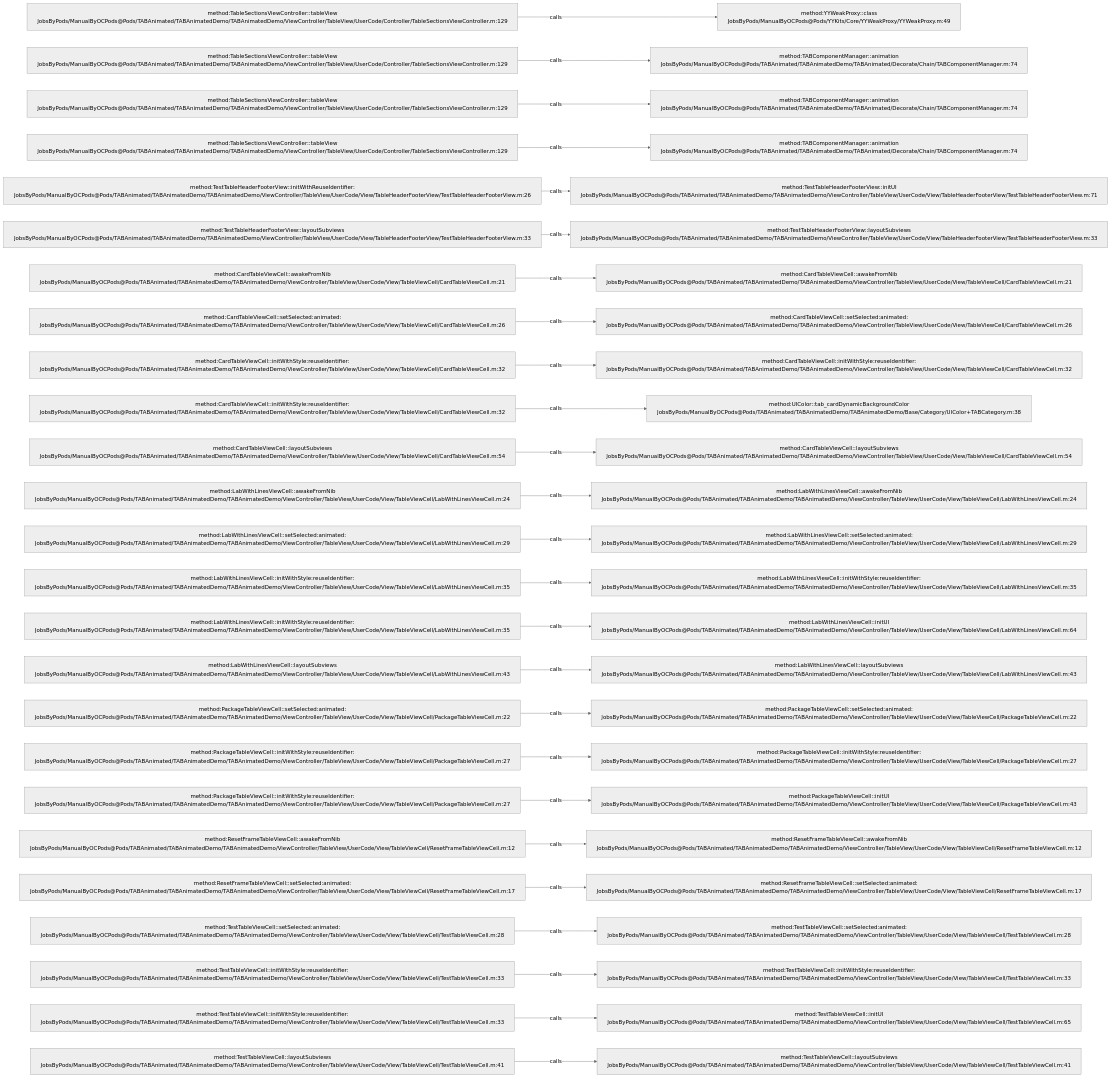
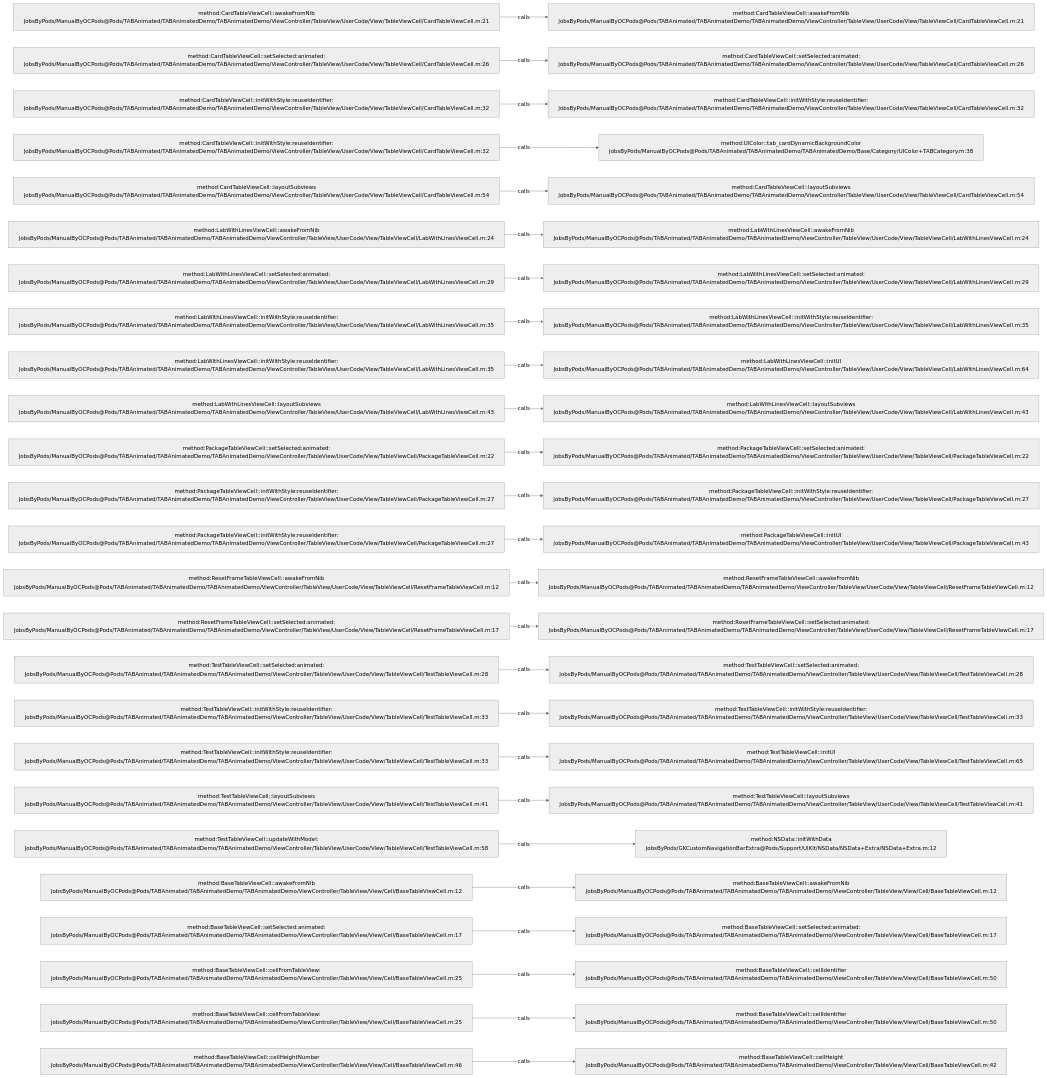
Before and after one commit to JobsKits/JobsOCBaseConfigDemo: the diagram in .codegraph/codegraph.md/graphs/calls-058.md, drawn with Mermaid (neutral theme). The commit also changed 666 other files, not shown here.

````diff
--- a/.codegraph/codegraph.md/graphs/calls-058.md
+++ b/.codegraph/codegraph.md/graphs/calls-058.md
@@ -13,78 +13,78 @@
 ```mermaid
 flowchart LR
-  S1["method:TableSectionsViewController::tableView<br/>JobsByPods/ManualByOCPods@Pods/TABAnimated/TABAnimatedDemo/TABAnimatedDemo/ViewController/TableView/UserCode/Controller/TableSectionsViewController.m:129"]
-  T1["method:YYWeakProxy::class<br/>JobsByPods/ManualByOCPods@Pods/YYKits/Core/YYWeakProxy/YYWeakProxy.m:49"]
+  S1["method:CardTableViewCell::awakeFromNib<br/>JobsByPods/ManualByOCPods@Pods/TABAnimated/TABAnimatedDemo/TABAnimatedDemo/ViewController/TableView/UserCode/View/TableViewCell/CardTableViewCell.m:21"]
+  T1["method:CardTableViewCell::awakeFromNib<br/>JobsByPods/ManualByOCPods@Pods/TABAnimated/TABAnimatedDemo/TABAnimatedDemo/ViewController/TableView/UserCode/View/TableViewCell/CardTableViewCell.m:21"]
   S1 -->|calls| T1
-  S2["method:TableSectionsViewController::tableView<br/>JobsByPods/ManualByOCPods@Pods/TABAnimated/TABAnimatedDemo/TABAnimatedDemo/ViewController/TableView/UserCode/Controller/TableSectionsViewController.m:129"]
-  T2["method:TABComponentManager::animation<br/>JobsByPods/ManualByOCPods@Pods/TABAnimated/TABAnimatedDemo/TABAnimated/Decorate/Chain/TABComponentManager.m:74"]
+  S2["method:CardTableViewCell::setSelected:animated:<br/>JobsByPods/ManualByOCPods@Pods/TABAnimated/TABAnimatedDemo/TABAnimatedDemo/ViewController/TableView/UserCode/View/TableViewCell/CardTableViewCell.m:26"]
+  T2["method:CardTableViewCell::setSelected:animated:<br/>JobsByPods/ManualByOCPods@Pods/TABAnimated/TABAnimatedDemo/TABAnimatedDemo/ViewController/TableView/UserCode/View/TableViewCell/CardTableViewCell.m:26"]
   S2 -->|calls| T2
-  S3["method:TableSectionsViewController::tableView<br/>JobsByPods/ManualByOCPods@Pods/TABAnimated/TABAnimatedDemo/TABAnimatedDemo/ViewController/TableView/UserCode/Controller/TableSectionsViewController.m:129"]
-  T3["method:TABComponentManager::animation<br/>JobsByPods/ManualByOCPods@Pods/TABAnimated/TABAnimatedDemo/TABAnimated/Decorate/Chain/TABComponentManager.m:74"]
+  S3["method:CardTableViewCell::initWithStyle:reuseIdentifier:<br/>JobsByPods/ManualByOCPods@Pods/TABAnimated/TABAnimatedDemo/TABAnimatedDemo/ViewController/TableView/UserCode/View/TableViewCell/CardTableViewCell.m:32"]
+  T3["method:CardTableViewCell::initWithStyle:reuseIdentifier:<br/>JobsByPods/ManualByOCPods@Pods/TABAnimated/TABAnimatedDemo/TABAnimatedDemo/ViewController/TableView/UserCode/View/TableViewCell/CardTableViewCell.m:32"]
   S3 -->|calls| T3
-  S4["method:TableSectionsViewController::tableView<br/>JobsByPods/ManualByOCPods@Pods/TABAnimated/TABAnimatedDemo/TABAnimatedDemo/ViewController/TableView/UserCode/Controller/TableSectionsViewController.m:129"]
-  T4["method:TABComponentManager::animation<br/>JobsByPods/ManualByOCPods@Pods/TABAnimated/TABAnimatedDemo/TABAnimated/Decorate/Chain/TABComponentManager.m:74"]
+  S4["method:CardTableViewCell::initWithStyle:reuseIdentifier:<br/>JobsByPods/ManualByOCPods@Pods/TABAnimated/TABAnimatedDemo/TABAnimatedDemo/ViewController/TableView/UserCode/View/TableViewCell/CardTableViewCell.m:32"]
+  T4["method:UIColor::tab_cardDynamicBackgroundColor<br/>JobsByPods/ManualByOCPods@Pods/TABAnimated/TABAnimatedDemo/TABAnimatedDemo/Base/Category/UIColor+TABCategory.m:38"]
   S4 -->|calls| T4
-  S5["method:TestTableHeaderFooterView::initWithReuseIdentifier:<br/>JobsByPods/ManualByOCPods@Pods/TABAnimated/TABAnimatedDemo/TABAnimatedDemo/ViewController/TableView/UserCode/View/TableHeaderFooterView/TestTableHeaderFooterView.m:26"]
-  T5["method:TestTableHeaderFooterView::initUI<br/>JobsByPods/ManualByOCPods@Pods/TABAnimated/TABAnimatedDemo/TABAnimatedDemo/ViewController/TableView/UserCode/View/TableHeaderFooterView/TestTableHeaderFooterView.m:71"]
+  S5["method:CardTableViewCell::layoutSubviews<br/>JobsByPods/ManualByOCPods@Pods/TABAnimated/TABAnimatedDemo/TABAnimatedDemo/ViewController/TableView/UserCode/View/TableViewCell/CardTableViewCell.m:54"]
+  T5["method:CardTableViewCell::layoutSubviews<br/>JobsByPods/ManualByOCPods@Pods/TABAnimated/TABAnimatedDemo/TABAnimatedDemo/ViewController/TableView/UserCode/View/TableViewCell/CardTableViewCell.m:54"]
   S5 -->|calls| T5
-  S6["method:TestTableHeaderFooterView::layoutSubviews<br/>JobsByPods/ManualByOCPods@Pods/TABAnimated/TABAnimatedDemo/TABAnimatedDemo/ViewController/TableView/UserCode/View/TableHeaderFooterView/TestTableHeaderFooterView.m:33"]
-  T6["method:TestTableHeaderFooterView::layoutSubviews<br/>JobsByPods/ManualByOCPods@Pods/TABAnimated/TABAnimatedDemo/TABAnimatedDemo/ViewController/TableView/UserCode/View/TableHeaderFooterView/TestTableHeaderFooterView.m:33"]
+  S6["method:LabWithLinesViewCell::awakeFromNib<br/>JobsByPods/ManualByOCPods@Pods/TABAnimated/TABAnimatedDemo/TABAnimatedDemo/ViewController/TableView/UserCode/View/TableViewCell/LabWithLinesViewCell.m:24"]
+  T6["method:LabWithLinesViewCell::awakeFromNib<br/>JobsByPods/ManualByOCPods@Pods/TABAnimated/TABAnimatedDemo/TABAnimatedDemo/ViewController/TableView/UserCode/View/TableViewCell/LabWithLinesViewCell.m:24"]
   S6 -->|calls| T6
-  S7["method:CardTableViewCell::awakeFromNib<br/>JobsByPods/ManualByOCPods@Pods/TABAnimated/TABAnimatedDemo/TABAnimatedDemo/ViewController/TableView/UserCode/View/TableViewCell/CardTableViewCell.m:21"]
-  T7["method:CardTableViewCell::awakeFromNib<br/>JobsByPods/ManualByOCPods@Pods/TABAnimated/TABAnimatedDemo/TABAnimatedDemo/ViewController/TableView/UserCode/View/TableViewCell/CardTableViewCell.m:21"]
+  S7["method:LabWithLinesViewCell::setSelected:animated:<br/>JobsByPods/ManualByOCPods@Pods/TABAnimated/TABAnimatedDemo/TABAnimatedDemo/ViewController/TableView/UserCode/View/TableViewCell/LabWithLinesViewCell.m:29"]
+  T7["method:LabWithLinesViewCell::setSelected:animated:<br/>JobsByPods/ManualByOCPods@Pods/TABAnimated/TABAnimatedDemo/TABAnimatedDemo/ViewController/TableView/UserCode/View/TableViewCell/LabWithLinesViewCell.m:29"]
   S7 -->|calls| T7
-  S8["method:CardTableViewCell::setSelected:animated:<br/>JobsByPods/ManualByOCPods@Pods/TABAnimated/TABAnimatedDemo/TABAnimatedDemo/ViewController/TableView/UserCode/View/TableViewCell/CardTableViewCell.m:26"]
-  T8["method:CardTableViewCell::setSelected:animated:<br/>JobsByPods/ManualByOCPods@Pods/TABAnimated/TABAnimatedDemo/TABAnimatedDemo/ViewController/TableView/UserCode/View/TableViewCell/CardTableViewCell.m:26"]
+  S8["method:LabWithLinesViewCell::initWithStyle:reuseIdentifier:<br/>JobsByPods/ManualByOCPods@Pods/TABAnimated/TABAnimatedDemo/TABAnimatedDemo/ViewController/TableView/UserCode/View/TableViewCell/LabWithLinesViewCell.m:35"]
+  T8["method:LabWithLinesViewCell::initWithStyle:reuseIdentifier:<br/>JobsByPods/ManualByOCPods@Pods/TABAnimated/TABAnimatedDemo/TABAnimatedDemo/ViewController/TableView/UserCode/View/TableViewCell/LabWithLinesViewCell.m:35"]
   S8 -->|calls| T8
-  S9["method:CardTableViewCell::initWithStyle:reuseIdentifier:<br/>JobsByPods/ManualByOCPods@Pods/TABAnimated/TABAnimatedDemo/TABAnimatedDemo/ViewController/TableView/UserCode/View/TableViewCell/CardTableViewCell.m:32"]
-  T9["method:CardTableViewCell::initWithStyle:reuseIdentifier:<br/>JobsByPods/ManualByOCPods@Pods/TABAnimated/TABAnimatedDemo/TABAnimatedDemo/ViewController/TableView/UserCode/View/TableViewCell/CardTableViewCell.m:32"]
+  S9["method:LabWithLinesViewCell::initWithStyle:reuseIdentifier:<br/>JobsByPods/ManualByOCPods@Pods/TABAnimated/TABAnimatedDemo/TABAnimatedDemo/ViewController/TableView/UserCode/View/TableViewCell/LabWithLinesViewCell.m:35"]
+  T9["method:LabWithLinesViewCell::initUI<br/>JobsByPods/ManualByOCPods@Pods/TABAnimated/TABAnimatedDemo/TABAnimatedDemo/ViewController/TableView/UserCode/View/TableViewCell/LabWithLinesViewCell.m:64"]
   S9 -->|calls| T9
-  S10["method:CardTableViewCell::initWithStyle:reuseIdentifier:<br/>JobsByPods/ManualByOCPods@Pods/TABAnimated/TABAnimatedDemo/TABAnimatedDemo/ViewController/TableView/UserCode/View/TableViewCell/CardTableViewCell.m:32"]
-  T10["method:UIColor::tab_cardDynamicBackgroundColor<br/>JobsByPods/ManualByOCPods@Pods/TABAnimated/TABAnimatedDemo/TABAnimatedDemo/Base/Category/UIColor+TABCategory.m:38"]
+  S10["method:LabWithLinesViewCell::layoutSubviews<br/>JobsByPods/ManualByOCPods@Pods/TABAnimated/TABAnimatedDemo/TABAnimatedDemo/ViewController/TableView/UserCode/View/TableViewCell/LabWithLinesViewCell.m:43"]
+  T10["method:LabWithLinesViewCell::layoutSubviews<br/>JobsByPods/ManualByOCPods@Pods/TABAnimated/TABAnimatedDemo/TABAnimatedDemo/ViewController/TableView/UserCode/View/TableViewCell/LabWithLinesViewCell.m:43"]
   S10 -->|calls| T10
-  S11["method:CardTableViewCell::layoutSubviews<br/>JobsByPods/ManualByOCPods@Pods/TABAnimated/TABAnimatedDemo/TABAnimatedDemo/ViewController/TableView/UserCode/View/TableViewCell/CardTableViewCell.m:54"]
-  T11["method:CardTableViewCell::layoutSubviews<br/>JobsByPods/ManualByOCPods@Pods/TABAnimated/TABAnimatedDemo/TABAnimatedDemo/ViewController/TableView/UserCode/View/TableViewCell/CardTableViewCell.m:54"]
+  S11["method:PackageTableViewCell::setSelected:animated:<br/>JobsByPods/ManualByOCPods@Pods/TABAnimated/TABAnimatedDemo/TABAnimatedDemo/ViewController/TableView/UserCode/View/TableViewCell/PackageTableViewCell.m:22"]
+  T11["method:PackageTableViewCell::setSelected:animated:<br/>JobsByPods/ManualByOCPods@Pods/TABAnimated/TABAnimatedDemo/TABAnimatedDemo/ViewController/TableView/UserCode/View/TableViewCell/PackageTableViewCell.m:22"]
   S11 -->|calls| T11
-  S12["method:LabWithLinesViewCell::awakeFromNib<br/>JobsByPods/ManualByOCPods@Pods/TABAnimated/TABAnimatedDemo/TABAnimatedDemo/ViewController/TableView/UserCode/View/TableViewCell/LabWithLinesViewCell.m:24"]
-  T12["method:LabWithLinesViewCell::awakeFromNib<br/>JobsByPods/ManualByOCPods@Pods/TABAnimated/TABAnimatedDemo/TABAnimatedDemo/ViewController/TableView/UserCode/View/TableViewCell/LabWithLinesViewCell.m:24"]
+  S12["method:PackageTableViewCell::initWithStyle:reuseIdentifier:<br/>JobsByPods/ManualByOCPods@Pods/TABAnimated/TABAnimatedDemo/TABAnimatedDemo/ViewController/TableView/UserCode/View/TableViewCell/PackageTableViewCell.m:27"]
+  T12["method:PackageTableViewCell::initWithStyle:reuseIdentifier:<br/>JobsByPods/ManualByOCPods@Pods/TABAnimated/TABAnimatedDemo/TABAnimatedDemo/ViewController/TableView/UserCode/View/TableViewCell/PackageTableViewCell.m:27"]
   S12 -->|calls| T12
-  S13["method:LabWithLinesViewCell::setSelected:animated:<br/>JobsByPods/ManualByOCPods@Pods/TABAnimated/TABAnimatedDemo/TABAnimatedDemo/ViewController/TableView/UserCode/View/TableViewCell/LabWithLinesViewCell.m:29"]
-  T13["method:LabWithLinesViewCell::setSelected:animated:<br/>JobsByPods/ManualByOCPods@Pods/TABAnimated/TABAnimatedDemo/TABAnimatedDemo/ViewController/TableView/UserCode/View/TableViewCell/LabWithLinesViewCell.m:29"]
+  S13["method:PackageTableViewCell::initWithStyle:reuseIdentifier:<br/>JobsByPods/ManualByOCPods@Pods/TABAnimated/TABAnimatedDemo/TABAnimatedDemo/ViewController/TableView/UserCode/View/TableViewCell/PackageTableViewCell.m:27"]
+  T13["method:PackageTableViewCell::initUI<br/>JobsByPods/ManualByOCPods@Pods/TABAnimated/TABAnimatedDemo/TABAnimatedDemo/ViewController/TableView/UserCode/View/TableViewCell/PackageTableViewCell.m:43"]
   S13 -->|calls| T13
-  S14["method:LabWithLinesViewCell::initWithStyle:reuseIdentifier:<br/>JobsByPods/ManualByOCPods@Pods/TABAnimated/TABAnimatedDemo/TABAnimatedDemo/ViewController/TableView/UserCode/View/TableViewCell/LabWithLinesViewCell.m:35"]
-  T14["method:LabWithLinesViewCell::initWithStyle:reuseIdentifier:<br/>JobsByPods/ManualByOCPods@Pods/TABAnimated/TABAnimatedDemo/TABAnimatedDemo/ViewController/TableView/UserCode/View/TableViewCell/LabWithLinesViewCell.m:35"]
+  S14["method:ResetFrameTableViewCell::awakeFromNib<br/>JobsByPods/ManualByOCPods@Pods/TABAnimated/TABAnimatedDemo/TABAnimatedDemo/ViewController/TableView/UserCode/View/TableViewCell/ResetFrameTableViewCell.m:12"]
+  T14["method:ResetFrameTableViewCell::awakeFromNib<br/>JobsByPods/ManualByOCPods@Pods/TABAnimated/TABAnimatedDemo/TABAnimatedDemo/ViewController/TableView/UserCode/View/TableViewCell/ResetFrameTableViewCell.m:12"]
   S14 -->|calls| T14
-  S15["method:LabWithLinesViewCell::initWithStyle:reuseIdentifier:<br/>JobsByPods/ManualByOCPods@Pods/TABAnimated/TABAnimatedDemo/TABAnimatedDemo/ViewController/TableView/UserCode/View/TableViewCell/LabWithLinesViewCell.m:35"]
-  T15["method:LabWithLinesViewCell::initUI<br/>JobsByPods/ManualByOCPods@Pods/TABAnimated/TABAnimatedDemo/TABAnimatedDemo/ViewController/TableView/UserCode/View/TableViewCell/LabWithLinesViewCell.m:64"]
+  S15["method:ResetFrameTableViewCell::setSelected:animated:<br/>JobsByPods/ManualByOCPods@Pods/TABAnimated/TABAnimatedDemo/TABAnimatedDemo/ViewController/TableView/UserCode/View/TableViewCell/ResetFrameTableViewCell.m:17"]
+  T15["method:ResetFrameTableViewCell::setSelected:animated:<br/>JobsByPods/ManualByOCPods@Pods/TABAnimated/TABAnimatedDemo/TABAnimatedDemo/ViewController/TableView/UserCode/View/TableViewCell/ResetFrameTableViewCell.m:17"]
   S15 -->|calls| T15
-  S16["method:LabWithLinesViewCell::layoutSubviews<br/>JobsByPods/ManualByOCPods@Pods/TABAnimated/TABAnimatedDemo/TABAnimatedDemo/ViewController/TableView/UserCode/View/TableViewCell/LabWithLinesViewCell.m:43"]
-  T16["method:LabWithLinesViewCell::layoutSubviews<br/>JobsByPods/ManualByOCPods@Pods/TABAnimated/TABAnimatedDemo/TABAnimatedDemo/ViewController/TableView/UserCode/View/TableViewCell/LabWithLinesViewCell.m:43"]
+  S16["method:TestTableViewCell::setSelected:animated:<br/>JobsByPods/ManualByOCPods@Pods/TABAnimated/TABAnimatedDemo/TABAnimatedDemo/ViewController/TableView/UserCode/View/TableViewCell/TestTableViewCell.m:28"]
+  T16["method:TestTableViewCell::setSelected:animated:<br/>JobsByPods/ManualByOCPods@Pods/TABAnimated/TABAnimatedDemo/TABAnimatedDemo/ViewController/TableView/UserCode/View/TableViewCell/TestTableViewCell.m:28"]
   S16 -->|calls| T16
-  S17["method:PackageTableViewCell::setSelected:animated:<br/>JobsByPods/ManualByOCPods@Pods/TABAnimated/TABAnimatedDemo/TABAnimatedDemo/ViewController/TableView/UserCode/View/TableViewCell/PackageTableViewCell.m:22"]
-  T17["method:PackageTableViewCell::setSelected:animated:<br/>JobsByPods/ManualByOCPods@Pods/TABAnimated/TABAnimatedDemo/TABAnimatedDemo/ViewController/TableView/UserCode/View/TableViewCell/PackageTableViewCell.m:22"]
+  S17["method:TestTableViewCell::initWithStyle:reuseIdentifier:<br/>JobsByPods/ManualByOCPods@Pods/TABAnimated/TABAnimatedDemo/TABAnimatedDemo/ViewController/TableView/UserCode/View/TableViewCell/TestTableViewCell.m:33"]
+  T17["method:TestTableViewCell::initWithStyle:reuseIdentifier:<br/>JobsByPods/ManualByOCPods@Pods/TABAnimated/TABAnimatedDemo/TABAnimatedDemo/ViewController/TableView/UserCode/View/TableViewCell/TestTableViewCell.m:33"]
   S17 -->|calls| T17
-  S18["method:PackageTableViewCell::initWithStyle:reuseIdentifier:<br/>JobsByPods/ManualByOCPods@Pods/TABAnimated/TABAnimatedDemo/TABAnimatedDemo/ViewController/TableView/UserCode/View/TableViewCell/PackageTableViewCell.m:27"]
-  T18["method:PackageTableViewCell::initWithStyle:reuseIdentifier:<br/>JobsByPods/ManualByOCPods@Pods/TABAnimated/TABAnimatedDemo/TABAnimatedDemo/ViewController/TableView/UserCode/View/TableViewCell/PackageTableViewCell.m:27"]
+  S18["method:TestTableViewCell::initWithStyle:reuseIdentifier:<br/>JobsByPods/ManualByOCPods@Pods/TABAnimated/TABAnimatedDemo/TABAnimatedDemo/ViewController/TableView/UserCode/View/TableViewCell/TestTableViewCell.m:33"]
+  T18["method:TestTableViewCell::initUI<br/>JobsByPods/ManualByOCPods@Pods/TABAnimated/TABAnimatedDemo/TABAnimatedDemo/ViewController/TableView/UserCode/View/TableViewCell/TestTableViewCell.m:65"]
   S18 -->|calls| T18
-  S19["method:PackageTableViewCell::initWithStyle:reuseIdentifier:<br/>JobsByPods/ManualByOCPods@Pods/TABAnimated/TABAnimatedDemo/TABAnimatedDemo/ViewController/TableView/UserCode/View/TableViewCell/PackageTableViewCell.m:27"]
-  T19["method:PackageTableViewCell::initUI<br/>JobsByPods/ManualByOCPods@Pods/TABAnimated/TABAnimatedDemo/TABAnimatedDemo/ViewController/TableView/UserCode/View/TableViewCell/PackageTableViewCell.m:43"]
+  S19["method:TestTableViewCell::layoutSubviews<br/>JobsByPods/ManualByOCPods@Pods/TABAnimated/TABAnimatedDemo/TABAnimatedDemo/ViewController/TableView/UserCode/View/TableViewCell/TestTableViewCell.m:41"]
+  T19["method:TestTableViewCell::layoutSubviews<br/>JobsByPods/ManualByOCPods@Pods/TABAnimated/TABAnimatedDemo/TABAnimatedDemo/ViewController/TableView/UserCode/View/TableViewCell/TestTableViewCell.m:41"]
   S19 -->|calls| T19
-  S20["method:ResetFrameTableViewCell::awakeFromNib<br/>JobsByPods/ManualByOCPods@Pods/TABAnimated/TABAnimatedDemo/TABAnimatedDemo/ViewController/TableView/UserCode/View/TableViewCell/ResetFrameTableViewCell.m:12"]
-  T20["method:ResetFrameTableViewCell::awakeFromNib<br/>JobsByPods/ManualByOCPods@Pods/TABAnimated/TABAnimatedDemo/TABAnimatedDemo/ViewController/TableView/UserCode/View/TableViewCell/ResetFrameTableViewCell.m:12"]
+  S20["method:TestTableViewCell::updateWithModel:<br/>JobsByPods/ManualByOCPods@Pods/TABAnimated/TABAnimatedDemo/TABAnimatedDemo/ViewController/TableView/UserCode/View/TableViewCell/TestTableViewCell.m:58"]
+  T20["method:NSData::initWithData<br/>JobsByPods/GKCustomNavigationBarExtra@Pods/Support/UIKit/NSData/NSData+Extra/NSData+Extra.m:12"]
   S20 -->|calls| T20
-  S21["method:ResetFrameTableViewCell::setSelected:animated:<br/>JobsByPods/ManualByOCPods@Pods/TABAnimated/TABAnimatedDemo/TABAnimatedDemo/ViewController/TableView/UserCode/View/TableViewCell/ResetFrameTableViewCell.m:17"]
-  T21["method:ResetFrameTableViewCell::setSelected:animated:<br/>JobsByPods/ManualByOCPods@Pods/TABAnimated/TABAnimatedDemo/TABAnimatedDemo/ViewController/TableView/UserCode/View/TableViewCell/ResetFrameTableViewCell.m:17"]
+  S21["method:BaseTableViewCell::awakeFromNib<br/>JobsByPods/ManualByOCPods@Pods/TABAnimated/TABAnimatedDemo/TABAnimatedDemo/ViewController/TableView/View/Cell/BaseTableViewCell.m:12"]
+  T21["method:BaseTableViewCell::awakeFromNib<br/>JobsByPods/ManualByOCPods@Pods/TABAnimated/TABAnimatedDemo/TABAnimatedDemo/ViewController/TableView/View/Cell/BaseTableViewCell.m:12"]
   S21 -->|calls| T21
-  S22["method:TestTableViewCell::setSelected:animated:<br/>JobsByPods/ManualByOCPods@Pods/TABAnimated/TABAnimatedDemo/TABAnimatedDemo/ViewController/TableView/UserCode/View/TableViewCell/TestTableViewCell.m:28"]
-  T22["method:TestTableViewCell::setSelected:animated:<br/>JobsByPods/ManualByOCPods@Pods/TABAnimated/TABAnimatedDemo/TABAnimatedDemo/ViewController/TableView/UserCode/View/TableViewCell/TestTableViewCell.m:28"]
+  S22["method:BaseTableViewCell::setSelected:animated:<br/>JobsByPods/ManualByOCPods@Pods/TABAnimated/TABAnimatedDemo/TABAnimatedDemo/ViewController/TableView/View/Cell/BaseTableViewCell.m:17"]
+  T22["method:BaseTableViewCell::setSelected:animated:<br/>JobsByPods/ManualByOCPods@Pods/TABAnimated/TABAnimatedDemo/TABAnimatedDemo/ViewController/TableView/View/Cell/BaseTableViewCell.m:17"]
   S22 -->|calls| T22
-  S23["method:TestTableViewCell::initWithStyle:reuseIdentifier:<br/>JobsByPods/ManualByOCPods@Pods/TABAnimated/TABAnimatedDemo/TABAnimatedDemo/ViewController/TableView/UserCode/View/TableViewCell/TestTableViewCell.m:33"]
-  T23["method:TestTableViewCell::initWithStyle:reuseIdentifier:<br/>JobsByPods/ManualByOCPods@Pods/TABAnimated/TABAnimatedDemo/TABAnimatedDemo/ViewController/TableView/UserCode/View/TableViewCell/TestTableViewCell.m:33"]
+  S23["method:BaseTableViewCell::cellFromTableView:<br/>JobsByPods/ManualByOCPods@Pods/TABAnimated/TABAnimatedDemo/TABAnimatedDemo/ViewController/TableView/View/Cell/BaseTableViewCell.m:25"]
+  T23["method:BaseTableViewCell::cellIdentifier<br/>JobsByPods/ManualByOCPods@Pods/TABAnimated/TABAnimatedDemo/TABAnimatedDemo/ViewController/TableView/View/Cell/BaseTableViewCell.m:50"]
   S23 -->|calls| T23
-  S24["method:TestTableViewCell::initWithStyle:reuseIdentifier:<br/>JobsByPods/ManualByOCPods@Pods/TABAnimated/TABAnimatedDemo/TABAnimatedDemo/ViewController/TableView/UserCode/View/TableViewCell/TestTableViewCell.m:33"]
-  T24["method:TestTableViewCell::initUI<br/>JobsByPods/ManualByOCPods@Pods/TABAnimated/TABAnimatedDemo/TABAnimatedDemo/ViewController/TableView/UserCode/View/TableViewCell/TestTableViewCell.m:65"]
+  S24["method:BaseTableViewCell::cellFromTableView:<br/>JobsByPods/ManualByOCPods@Pods/TABAnimated/TABAnimatedDemo/TABAnimatedDemo/ViewController/TableView/View/Cell/BaseTableViewCell.m:25"]
+  T24["method:BaseTableViewCell::cellIdentifier<br/>JobsByPods/ManualByOCPods@Pods/TABAnimated/TABAnimatedDemo/TABAnimatedDemo/ViewController/TableView/View/Cell/BaseTableViewCell.m:50"]
   S24 -->|calls| T24
-  S25["method:TestTableViewCell::layoutSubviews<br/>JobsByPods/ManualByOCPods@Pods/TABAnimated/TABAnimatedDemo/TABAnimatedDemo/ViewController/TableView/UserCode/View/TableViewCell/TestTableViewCell.m:41"]
-  T25["method:TestTableViewCell::layoutSubviews<br/>JobsByPods/ManualByOCPods@Pods/TABAnimated/TABAnimatedDemo/TABAnimatedDemo/ViewController/TableView/UserCode/View/TableViewCell/TestTableViewCell.m:41"]
+  S25["method:BaseTableViewCell::cellHeightNumber<br/>JobsByPods/ManualByOCPods@Pods/TABAnimated/TABAnimatedDemo/TABAnimatedDemo/ViewController/TableView/View/Cell/BaseTableViewCell.m:46"]
+  T25["method:BaseTableViewCell::cellHeight<br/>JobsByPods/ManualByOCPods@Pods/TABAnimated/TABAnimatedDemo/TABAnimatedDemo/ViewController/TableView/View/Cell/BaseTableViewCell.m:42"]
   S25 -->|calls| T25
 ```
````
